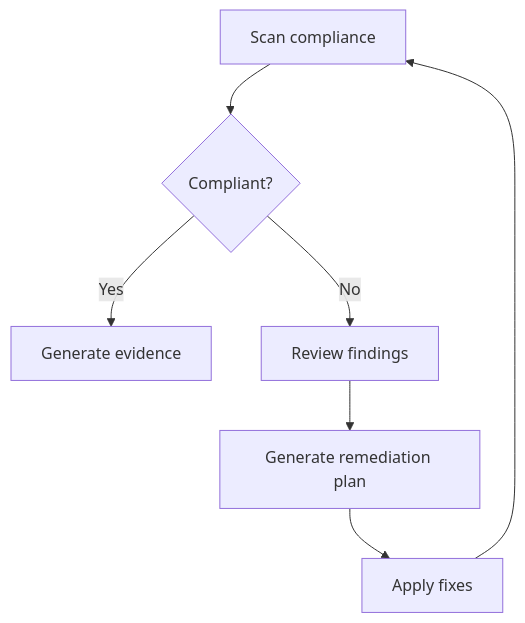
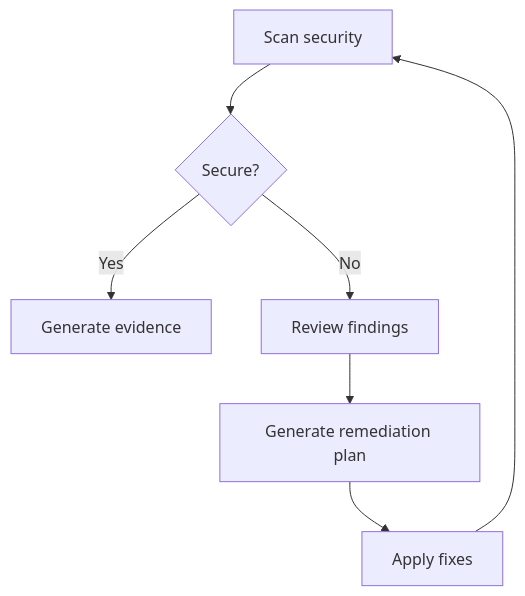
Before and after one commit to azurenoops/platform-engineering-copilot: the third of 3 diagrams in docs/AZURE-ARC.md, drawn with Mermaid. The commit also changed other lines of this file and 116 other files, not shown here.

````diff
--- a/docs/AZURE-ARC.md
+++ b/docs/AZURE-ARC.md
@@ -360,9 +358,9 @@
 ```mermaid
 graph TD
-    A[Scan compliance] --> B{Compliant?}
+    A[Scan security] --> B{Secure?}
     B -->|Yes| C[Generate evidence]
     B -->|No| D[Review findings]
     D --> E[Generate remediation plan]
     E --> F[Apply fixes]
     F --> A
 ```
````
